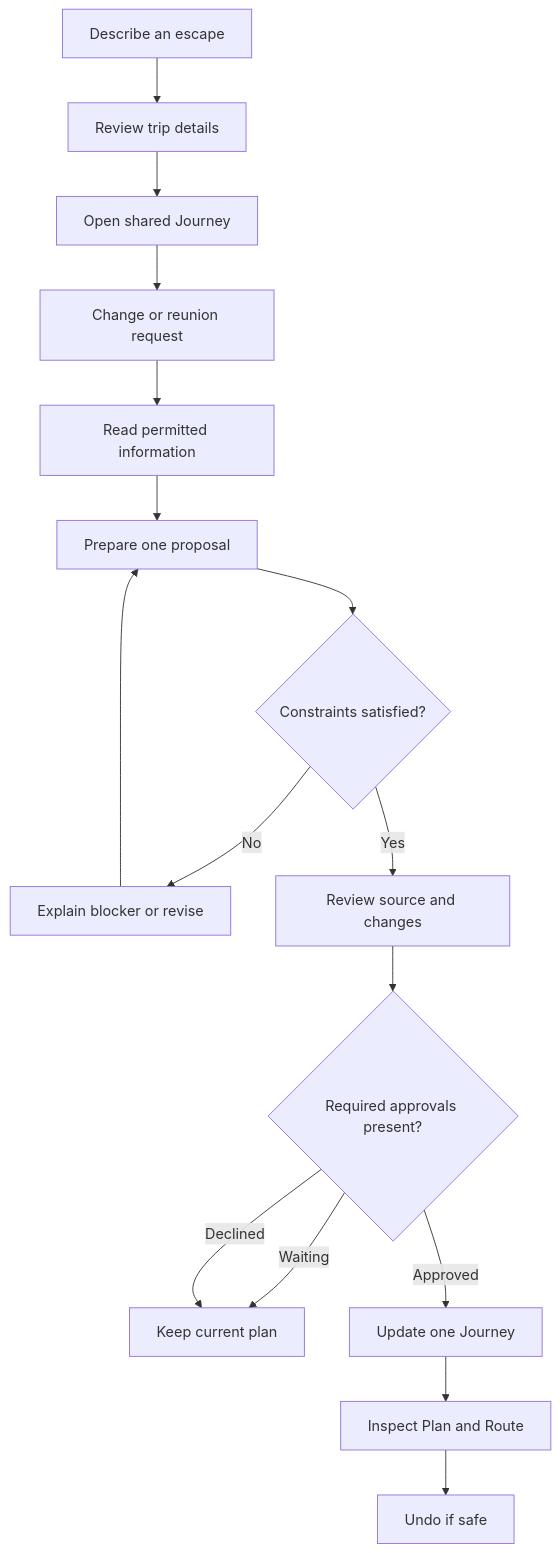
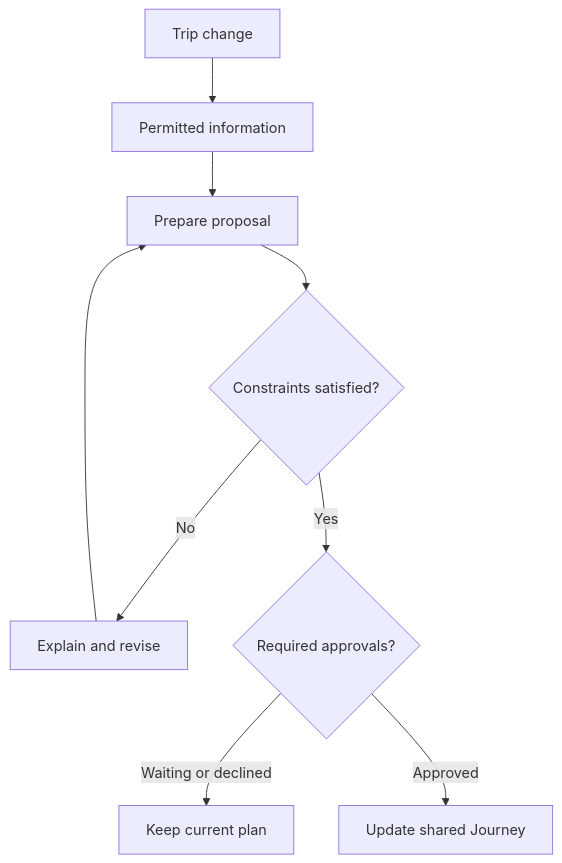
One commit to jxon12/VMAX changed the second of 2 diagrams in README.md. Above: the diagram before and after it, drawn with Mermaid. The commit also changed other lines of this file and 11 other files, not shown here.

````diff
--- a/README.md
+++ b/README.md
@@ -203,18 +140,11 @@
 ```mermaid
 flowchart TD
-    request["Describe an escape"] --> brief["Review trip details"]
-    brief --> journey["Open shared Journey"]
-    journey --> trigger["Change or reunion request"]
-    trigger --> shared["Read permitted information"]
-    shared --> proposal["Prepare one proposal"]
-    proposal --> valid{"Constraints satisfied?"}
-    valid -->|"No"| blocked["Explain blocker or revise"]
-    blocked --> proposal
-    valid -->|"Yes"| review["Review source and changes"]
-    review --> consent{"Required approvals present?"}
-    consent -->|"Waiting"| unchanged["Keep current plan"]
-    consent -->|"Declined"| unchanged
-    consent -->|"Approved"| apply["Update one Journey"]
-    apply --> result["Inspect Plan and Route"]
-    result --> undo["Undo if safe"]
+    change["Trip change"] --> shared["Permitted information"]
+    shared --> proposal["Prepare proposal"]
+    proposal --> checks{"Constraints satisfied?"}
+    checks -->|"No"| revise["Explain and revise"]
+    revise --> proposal
+    checks -->|"Yes"| review{"Required approvals?"}
+    review -->|"Waiting or declined"| unchanged["Keep current plan"]
+    review -->|"Approved"| apply["Update shared Journey"]
 ```
````
